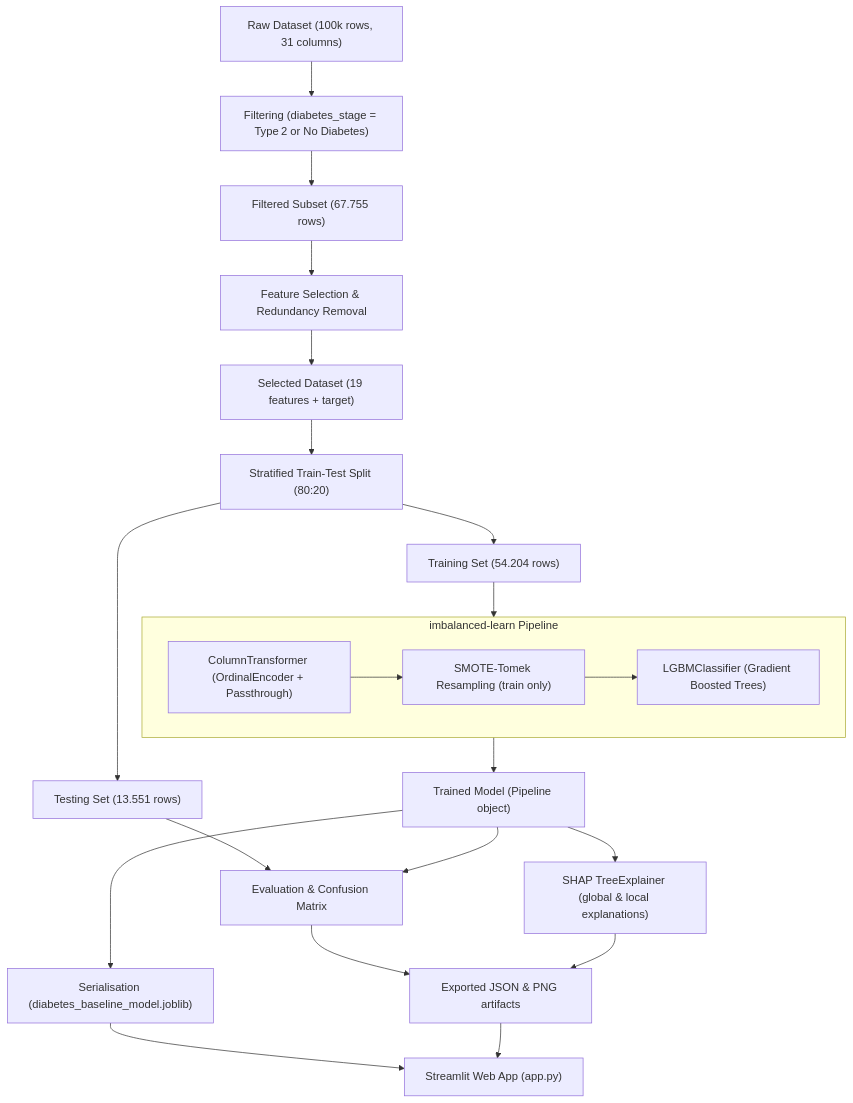
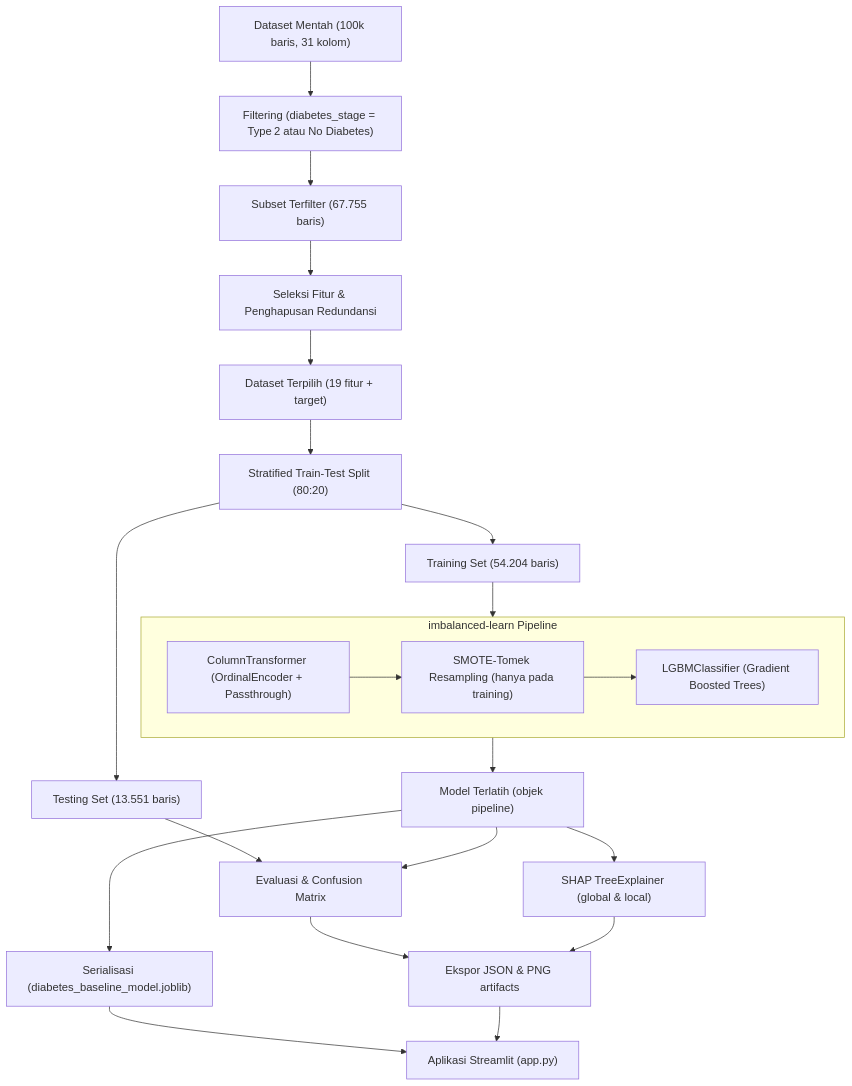
One commit to faarizzqi/TA-diabetes-prediction-and-explanation changed the first of 2 diagrams in README.md. Above: the diagram before and after it, drawn with Mermaid. The commit also changed other lines of this file, not shown here.

Commit message:
Update README with Indonesian translation, clean diagrams, and TOC

````diff
--- a/README.md
+++ b/README.md
@@ -39,25 +38,25 @@
 ```mermaid
 flowchart TD
-    A["Raw Dataset (100k rows, 31 columns)"] --> B["Filtering (diabetes_stage = Type 2 or No Diabetes)"]
-    B --> C["Filtered Subset (67.755 rows)"]
-    C --> D["Feature Selection & Redundancy Removal"]
-    D --> E["Selected Dataset (19 features + target)"]
+    A["Dataset Mentah (100k baris, 31 kolom)"] --> B["Filtering (diabetes_stage = Type 2 atau No Diabetes)"]
+    B --> C["Subset Terfilter (67.755 baris)"]
+    C --> D["Seleksi Fitur & Penghapusan Redundansi"]; 
+    D --> E["Dataset Terpilih (19 fitur + target)"]
     E --> F["Stratified Train‑Test Split (80:20)"]
-    F --> G["Training Set (54.204 rows)"]
-    F --> H["Testing Set (13.551 rows)"]
+    F --> G["Training Set (54.204 baris)"]
+    F --> H["Testing Set (13.551 baris)"]
     subgraph Pipeline ["imbalanced‑learn Pipeline"]
         I["ColumnTransformer (OrdinalEncoder + Passthrough)"]
-        J["SMOTE‑Tomek Resampling (train only)"]
+        J["SMOTE‑Tomek Resampling (hanya pada training)"]
         K["LGBMClassifier (Gradient Boosted Trees)"]
         I --> J --> K
     end
-    G --> Pipeline --> L["Trained Model (Pipeline object)"]
-    H --> M["Evaluation & Confusion Matrix"]
+    G --> Pipeline --> L["Model Terlatih (objek pipeline)"]
+    H --> M["Evaluasi & Confusion Matrix"]
     L --> M
-    L --> N["SHAP TreeExplainer (global & local explanations)"]
-    L --> O["Serialisation (diabetes_baseline_model.joblib)"]
-    M --> P["Exported JSON & PNG artifacts"]
+    L --> N["SHAP TreeExplainer (global & local)"]
+    L --> O["Serialisasi (diabetes_baseline_model.joblib)"]
+    M --> P["Ekspor JSON & PNG artifacts"]
     N --> P
-    O --> Q["Streamlit Web App (app.py)"]
+    O --> Q["Aplikasi Streamlit (app.py)"]
     P --> Q
 ```
````
